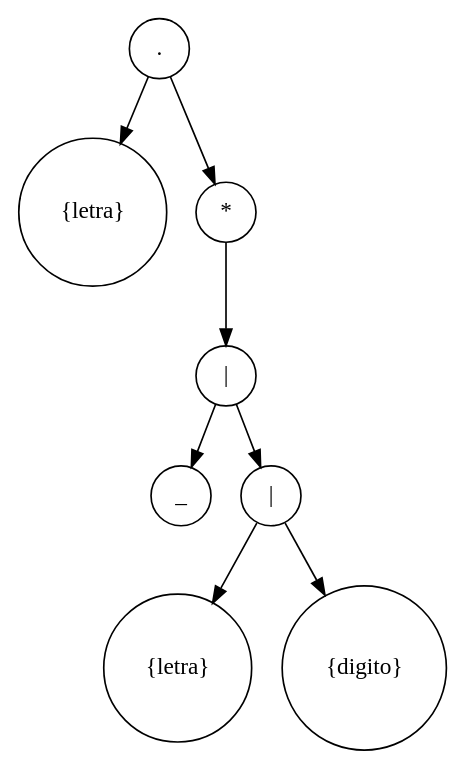
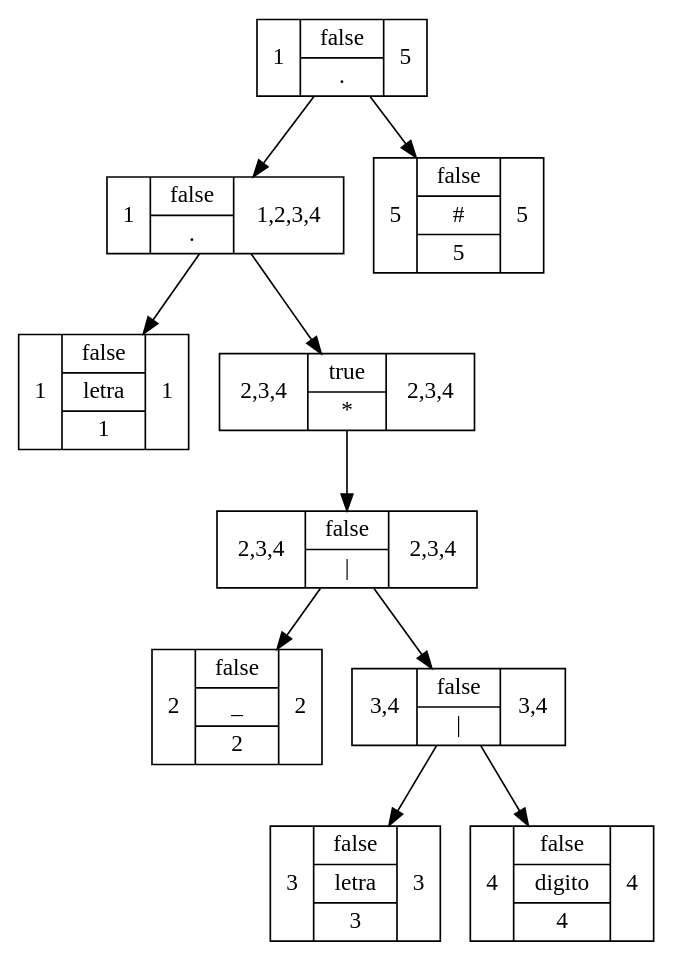
The diagram in ExpAnalyzer/src/ARBOLES_201701015/arbolexprex1.dot (JoseMore99/OLC1_Proyecto1_201701015), drawn with Graphviz before and after one commit. The commit also changed 9 other files, not shown here.

```diff
--- a/ExpAnalyzer/src/ARBOLES_201701015/arbolexprex1.dot
+++ b/ExpAnalyzer/src/ARBOLES_201701015/arbolexprex1.dot
@@ -1,19 +1,24 @@
 digraph G{
-node [shape=circle]; 
-nodo7[label="."];
-nodo7->nodo0
+node [shape=record];
+
+nodo10[label="1|{false|\.}|5"];
+nodo10->nodo8
+nodo10->nodo9
+nodo8[label="1|{false|\.}|1,2,3,4"];
+nodo8->nodo1
+nodo8->nodo7
+nodo1[label="1|{false|{letra}|1}|1"];
+nodo7[label="2,3,4|{true|\*}|2,3,4"];
 nodo7->nodo6
-nodo0[label="{letra}"];
-nodo6[label="*"];
+nodo6[label="2,3,4|{false|\|}|2,3,4"];
+nodo6->nodo2
 nodo6->nodo5
-nodo5[label="|"];
-nodo5->nodo1
+nodo2[label="2|{false|_|2}|2"];
+nodo5[label="3,4|{false|\|}|3,4"];
+nodo5->nodo3
 nodo5->nodo4
-nodo1[label="_"];
-nodo4[label="|"];
-nodo4->nodo2
-nodo4->nodo3
-nodo2[label="{letra}"];
-nodo3[label="{digito}"];
+nodo3[label="3|{false|{letra}|3}|3"];
+nodo4[label="4|{false|{digito}|4}|4"];
+nodo9[label="5|{false|#|5}|5"];
 
 }
```
